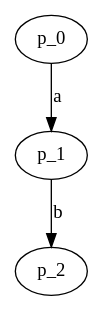
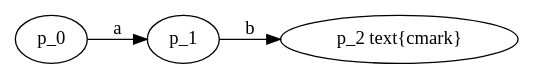
Before and after one commit to hhassan1/ConcurrentSystemsTFG: the diagram in doc/dot/ParallelComposition/P.dot, drawn with Graphviz. The commit also changed 76 other files, not shown here.

```diff
--- a/doc/dot/ParallelComposition/P.dot
+++ b/doc/dot/ParallelComposition/P.dot
@@ -1,4 +1,6 @@
 digraph LTSP {
     p_0 -> p_1 [label="a"];
     p_1 -> p_2 [label="b"];
+    p_2 [label="p_2 \text{\cmark}"]
+    rankdir=LR;
 }
```
